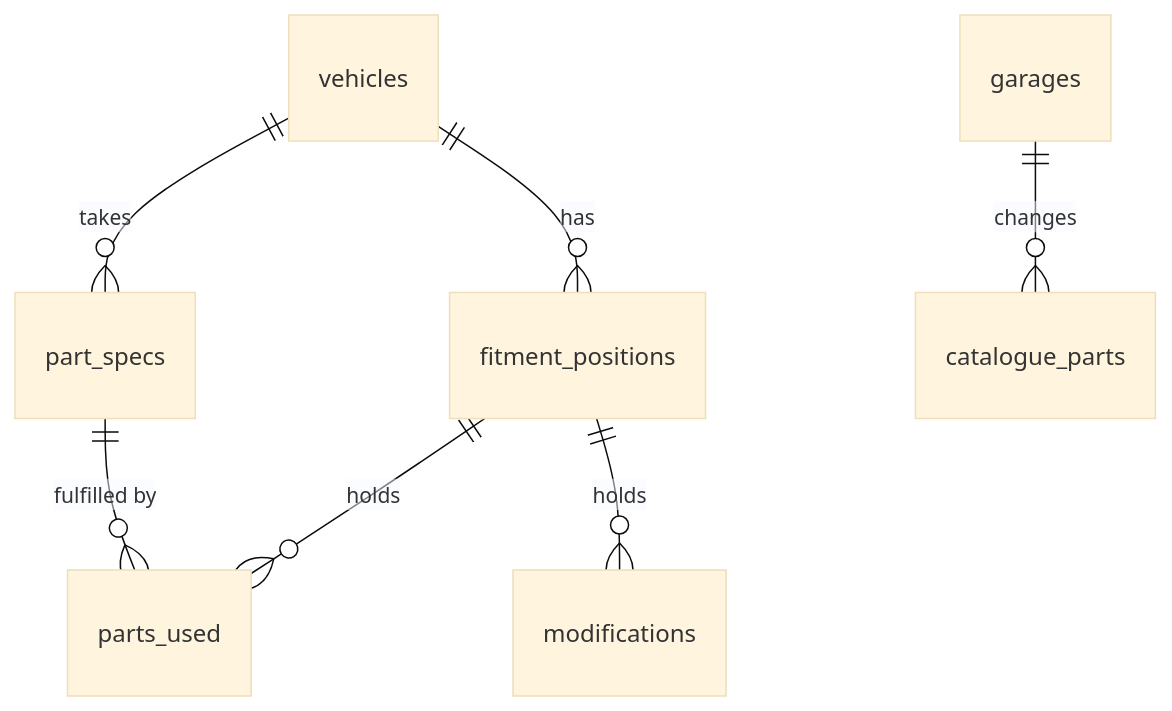
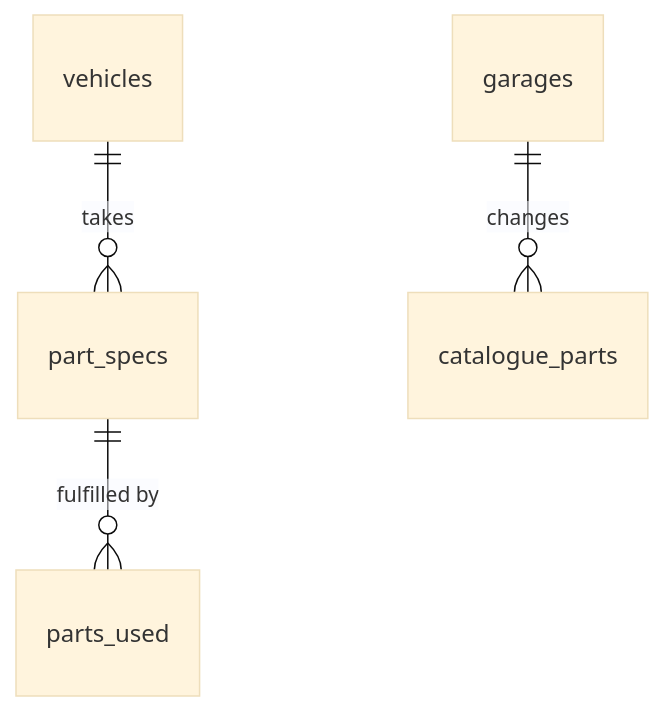
Before and after one commit to tmy-code/tmy_garage: the fourth of 6 diagrams in docs/data-model.md, drawn with Mermaid (base theme). The commit also changed other lines of this file and 22 other files, not shown here.

Commit message:
Drop fitted-parts positions, and ask what a task uses: a part, a fluid or nothing

````diff
--- a/docs/data-model.md
+++ b/docs/data-model.md
@@ -266,9 +263,6 @@
 ```mermaid
 erDiagram
   vehicles ||--o{ part_specs : takes
-  vehicles ||--o{ fitment_positions : has
-  fitment_positions ||--o{ parts_used : holds
-  fitment_positions ||--o{ modifications : holds
   part_specs ||--o{ parts_used : "fulfilled by"
   garages ||--o{ catalogue_parts : changes
 ```
````
